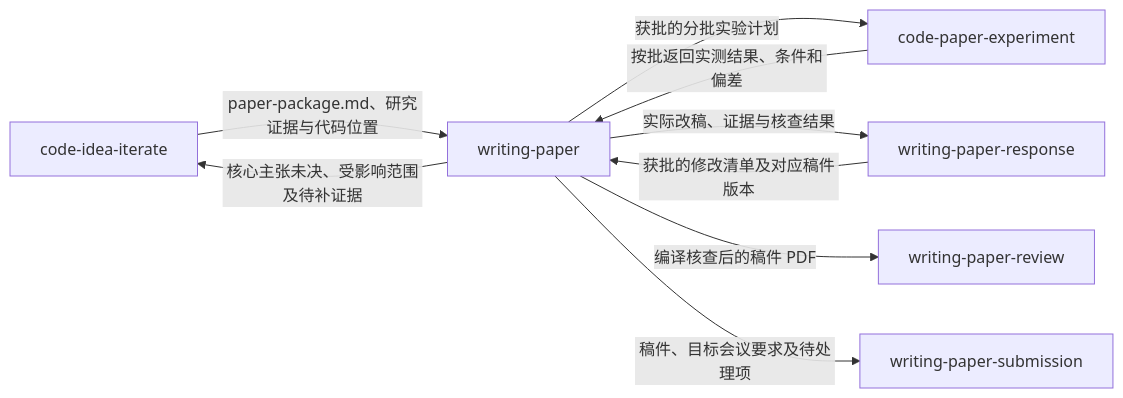
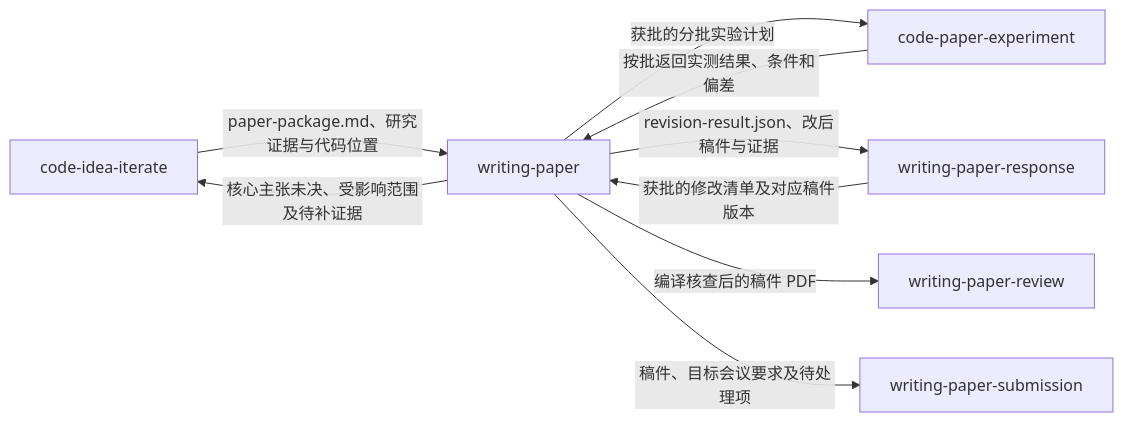
One commit to jackwang0108/dl-assistant changed the first of 2 diagrams in plugins/dl-assistant/skills/writing-paper/SKILL.md. Above: the diagram before and after it, drawn with Mermaid. The commit also changed other lines of this file and 11 other files, not shown here.

````diff
--- a/plugins/dl-assistant/skills/writing-paper/SKILL.md
+++ b/plugins/dl-assistant/skills/writing-paper/SKILL.md
@@ -14,11 +14,11 @@
 ```mermaid
 flowchart LR
     IT["code-idea-iterate"] -->|"paper-package.md、研究证据与代码位置"| WP["writing-paper"]
     WP -->|"核心主张未决、受影响范围及待补证据"| IT
     WP -->|"获批的分批实验计划"| CPE["code-paper-experiment"]
     CPE -->|"按批返回实测结果、条件和偏差"| WP
     WRESP["writing-paper-response"] -->|"获批的修改清单及对应稿件版本"| WP
-    WP -->|"实际改稿、证据与核查结果"| WRESP
+    WP -->|"revision-result.json、改后稿件与证据"| WRESP
     WP -->|"编译核查后的稿件 PDF"| WREV["writing-paper-review"]
     WP -->|"稿件、目标会议要求及待处理项"| WPSUB["writing-paper-submission"]
 ```
````
